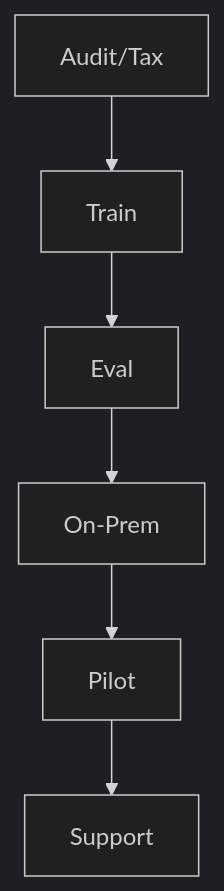
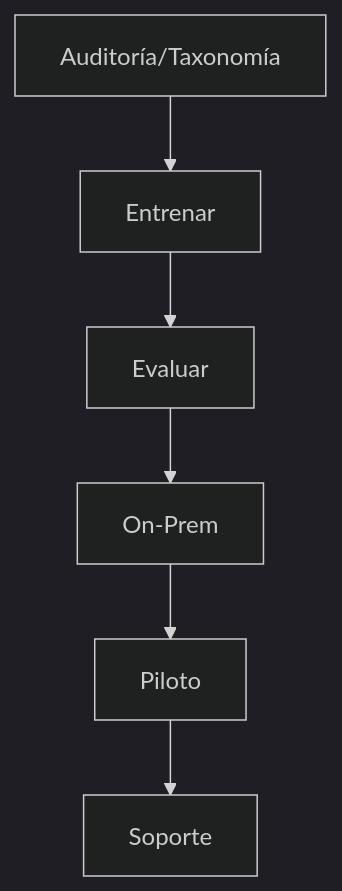
One commit to Softoft-Orga/open-ticket-ai changed the second of 7 diagrams in docs/vitepress_docs/docs_src/es/guide/plan-ticket-automation-project.md. Above: the diagram before and after it, drawn with Mermaid. The commit also changed other lines of this file and 88 other files, not shown here.

````diff
--- a/docs/vitepress_docs/docs_src/es/guide/plan-ticket-automation-project.md
+++ b/docs/vitepress_docs/docs_src/es/guide/plan-ticket-automation-project.md
@@ -56,12 +59,12 @@
 ```mermaid
 ---
 config:
   theme: 'dark'
 ---
 flowchart TD
-  A[Audit/Tax] --> B[Train]
-  B --> C[Eval]
+  A[Auditoría/Taxonomía] --> B[Entrenar]
+  B --> C[Evaluar]
   C --> D[On-Prem]
-  D --> E[Pilot]
-  E --> F[Support]
+  D --> E[Piloto]
+  E --> F[Soporte]
 ```
````
